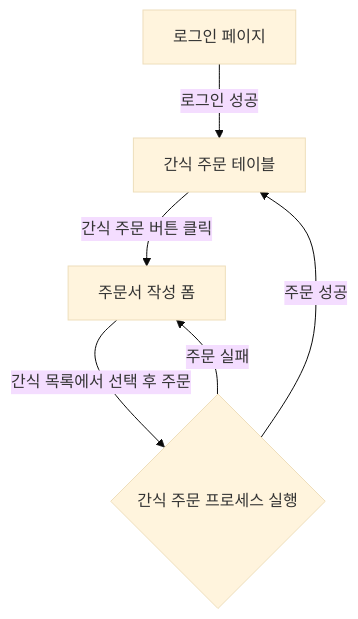
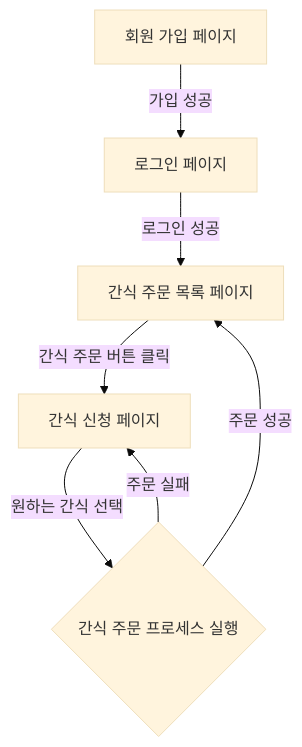
Before and after one commit to orchwang/snack-manager-server: the second of 4 diagrams in README.md, drawn with Mermaid (base theme). The commit also changed other lines of this file, not shown here.

````diff
--- a/README.md
+++ b/README.md
@@ -242,8 +254,16 @@
 ```mermaid
 flowchart TD
-  A[로그인 페이지] --> |로그인 성공| B[간식 주문 테이블]
-  B[간식 주문 테이블] --> |간식 주문 버튼 클릭| C[주문서 작성 폼]
-  C[주문서 작성 폼] --> |간식 목록에서 선택 후 주문| D{간식 주문 프로세스 실행}
-  D{간식 주문 프로세스 실행} --> |주문 성공| B[간식 주문 테이블]
-  D{간식 주문 프로세스 실행} --> |주문 실패| C[주문서 작성 폼]
+  signup[회원 가입 페이지]
+  login[로그인 페이지]
+  orderlist[간식 주문 목록 페이지]
+  order[간식 신청 페이지]
+
+  orderprocess{간식 주문 프로세스 실행}
+
+  signup --> |가입 성공| login
+  login --> |로그인 성공| orderlist
+  orderlist --> |간식 주문 버튼 클릭| order
+  order --> |원하는 간식 선택| orderprocess
+  orderprocess --> |주문 성공| orderlist
+  orderprocess --> |주문 실패| order
 ```
````
